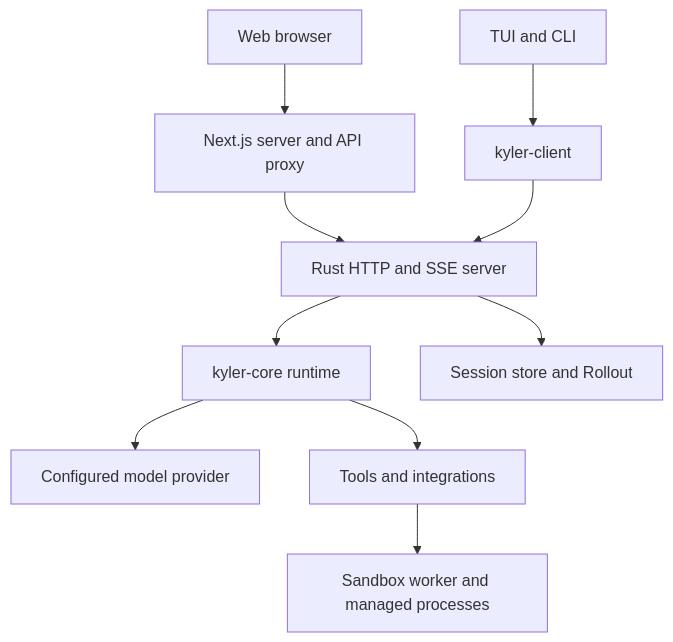
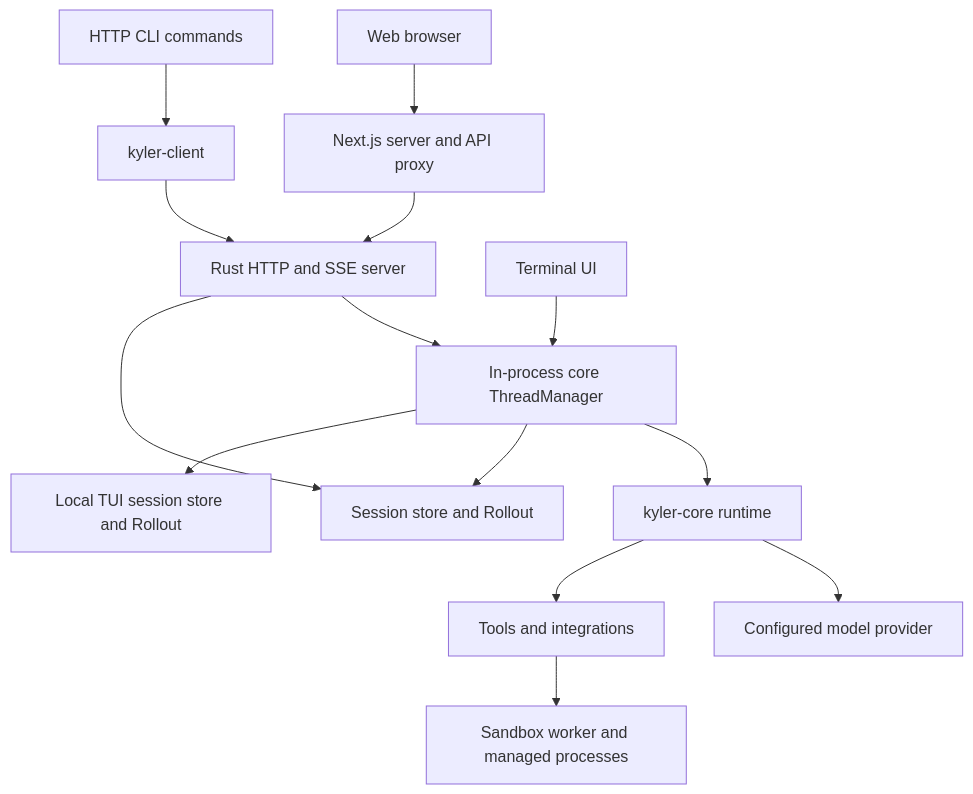
Before and after one commit to yeskyler/Kyler: the diagram in docs/architecture.md, drawn with Mermaid. The commit also changed other lines of this file and 93 other files, not shown here.

First line of the commit message:
Unify local agent threads and improve reasoning and chat navigation

````diff
--- a/docs/architecture.md
+++ b/docs/architecture.md
@@ -9,12 +9,17 @@
 ```mermaid
 flowchart TD
     Browser[Web browser] --> Next[Next.js server and API proxy]
     Next --> Server[Rust HTTP and SSE server]
-    TUI[TUI and CLI] --> Client[kyler-client]
+    CLI[HTTP CLI commands] --> Client[kyler-client]
+    TUI[Terminal UI] --> Threads[In-process core ThreadManager]
+    Threads --> Runtime
     Client --> Server
-    Server --> Runtime[kyler-core runtime]
+    Server --> Threads
+    Runtime[kyler-core runtime]
     Runtime --> Model[Configured model provider]
     Runtime --> Tools[Tools and integrations]
     Tools --> Worker[Sandbox worker and managed processes]
     Server --> Store[Session store and Rollout]
+    Threads --> Store
+    Threads --> LocalStore[Local TUI session store and Rollout]
 ```
````
